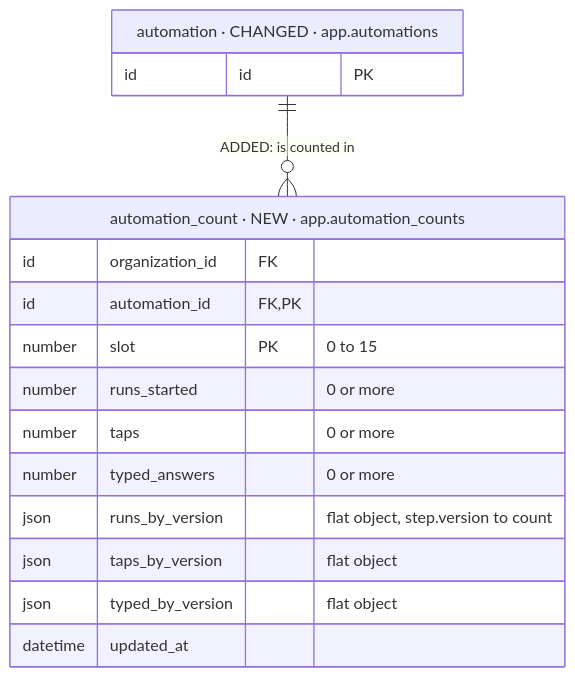
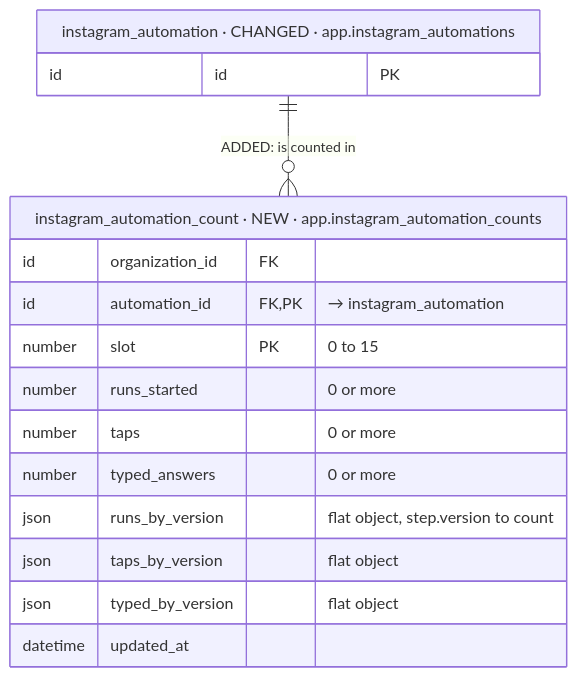
Before and after one commit to albetrios/meepzo-be: diagram 12 of 40 in iterations/feat-instagram-dm-sending-2026-11-23-oxak/plans/db-changes.md, drawn with Mermaid. The commit also changed other lines of this file and 3 other files, not shown here.

````diff
--- a/iterations/feat-instagram-dm-sending-2026-11-23-oxak/plans/db-changes.md
+++ b/iterations/feat-instagram-dm-sending-2026-11-23-oxak/plans/db-changes.md
@@ -605,19 +732,19 @@
 ```mermaid
 erDiagram
-  automation_count["automation_count · NEW · app.automation_counts"] {
+  instagram_automation_count["instagram_automation_count · NEW · app.instagram_automation_counts"] {
     id organization_id FK
-    id automation_id FK, PK
+    id automation_id FK, PK "→ instagram_automation"
     number slot PK "0 to 15"
     number runs_started "0 or more"
     number taps "0 or more"
     number typed_answers "0 or more"
     json runs_by_version "flat object, step.version to count"
     json taps_by_version "flat object"
     json typed_by_version "flat object"
     datetime updated_at
   }
-  automation["automation · CHANGED · app.automations"] {
+  instagram_automation["instagram_automation · CHANGED · app.instagram_automations"] {
     id id PK
   }
-  automation ||--o{ automation_count : "ADDED: is counted in"
+  instagram_automation ||--o{ instagram_automation_count : "ADDED: is counted in"
 ```
````
